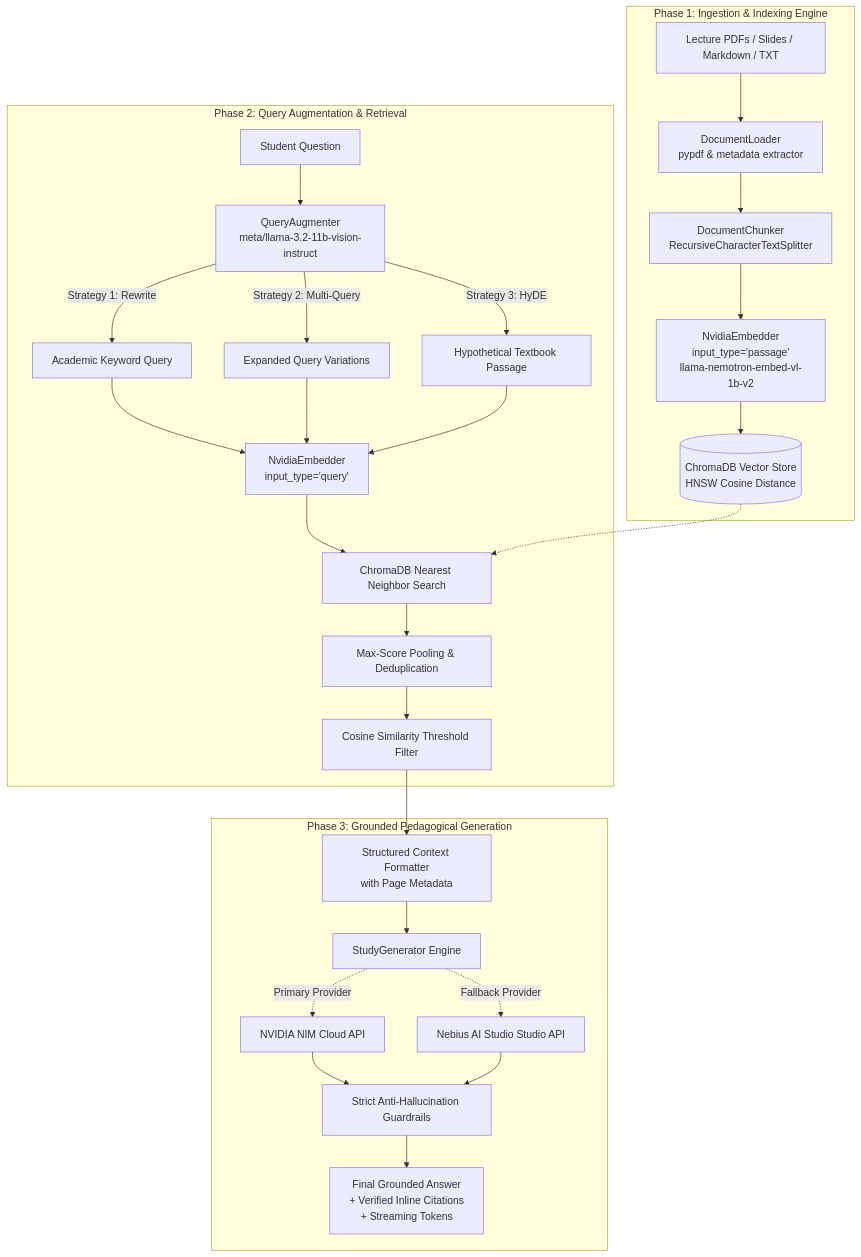
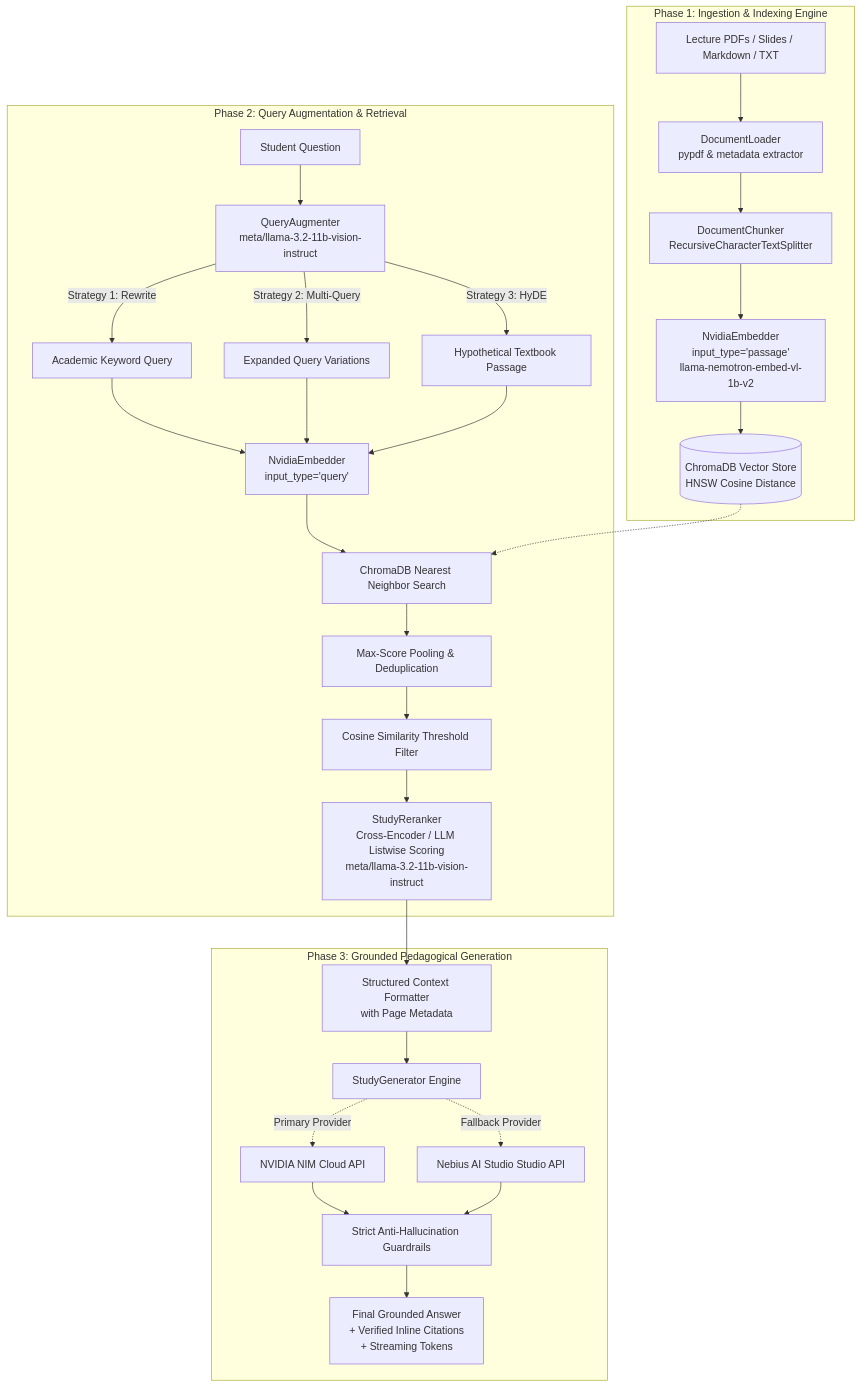
One commit to Khazar451/study-assistant changed the first of 2 diagrams in README.md. Above: the diagram before and after it, drawn with Mermaid. The commit also changed other lines of this file, not shown here.

````diff
--- a/README.md
+++ b/README.md
@@ -62,31 +63,32 @@
 ```mermaid
 flowchart TB
     subgraph INGESTION["Phase 1: Ingestion & Indexing Engine"]
         A[Lecture PDFs / Slides / Markdown / TXT] --> B[DocumentLoader<br/>pypdf & metadata extractor]
         B --> C[DocumentChunker<br/>RecursiveCharacterTextSplitter]
         C --> D[NvidiaEmbedder<br/>input_type='passage'<br/>llama-nemotron-embed-vl-1b-v2]
         D --> E[(ChromaDB Vector Store<br/>HNSW Cosine Distance)]
     end
 
     subgraph QUERY["Phase 2: Query Augmentation & Retrieval"]
         F[Student Question] --> G[QueryAugmenter<br/>meta/llama-3.2-11b-vision-instruct]
         G -->|Strategy 1: Rewrite| H1[Academic Keyword Query]
         G -->|Strategy 2: Multi-Query| H2[Expanded Query Variations]
         G -->|Strategy 3: HyDE| H3[Hypothetical Textbook Passage]
         H1 & H2 & H3 --> I[NvidiaEmbedder<br/>input_type='query']
         I --> J[ChromaDB Nearest Neighbor Search]
         J --> K[Max-Score Pooling & Deduplication]
         K --> L[Cosine Similarity Threshold Filter]
+        L --> RR[StudyReranker<br/>Cross-Encoder / LLM Listwise Scoring<br/>meta/llama-3.2-11b-vision-instruct]
     end
 
     subgraph GENERATION["Phase 3: Grounded Pedagogical Generation"]
-        L --> M[Structured Context Formatter<br/>with Page Metadata]
+        RR --> M[Structured Context Formatter<br/>with Page Metadata]
         M --> N[StudyGenerator Engine]
         N -.->|Primary Provider| O1[NVIDIA NIM Cloud API]
         N -.->|Fallback Provider| O2[Nebius AI Studio Studio API]
         O1 & O2 --> P[Strict Anti-Hallucination Guardrails]
         P --> Q[Final Grounded Answer<br/>+ Verified Inline Citations<br/>+ Streaming Tokens]
     end
 
     E -.-> J
 ```
````
